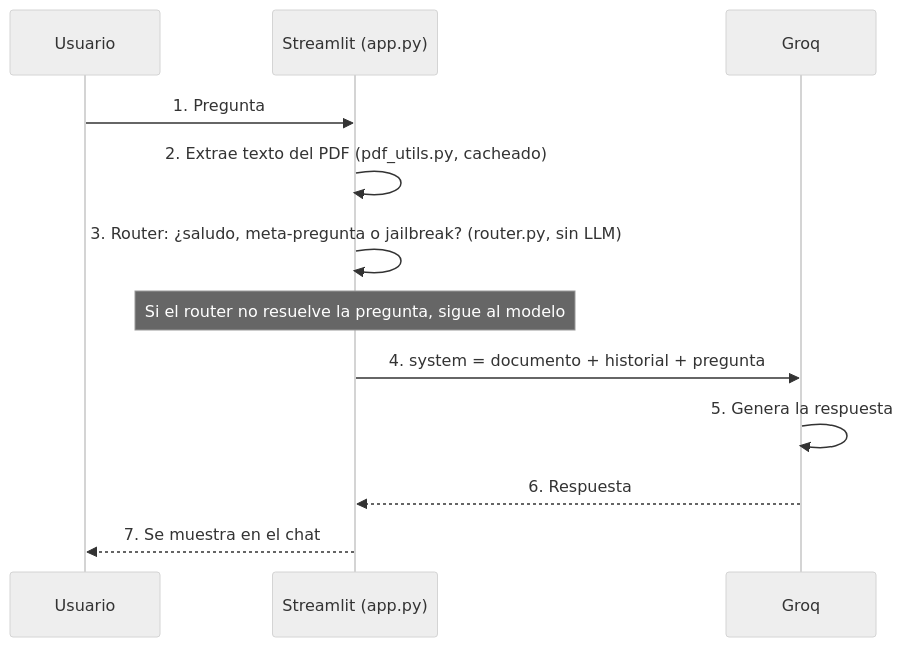
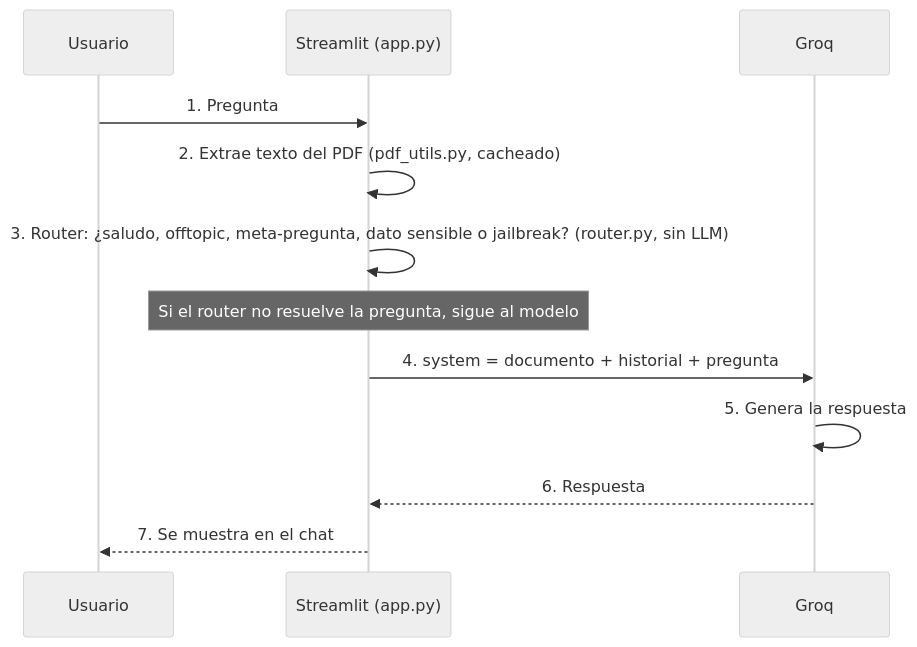
One commit to joaquinalejandroguzman/cotejo changed the diagram in README.md. Above: the diagram before and after it, drawn with Mermaid (neutral theme). The commit also changed other lines of this file and 3 other files, not shown here.

````diff
--- a/README.md
+++ b/README.md
@@ -18,15 +18,15 @@
 ```mermaid
 sequenceDiagram
     participant U as Usuario
     participant S as Streamlit (app.py)
     participant G as Groq
 
     U->>S: 1. Pregunta
     S->>S: 2. Extrae texto del PDF (pdf_utils.py, cacheado)
-    S->>S: 3. Router: ¿saludo, meta-pregunta o jailbreak? (router.py, sin LLM)
+    S->>S: 3. Router: ¿saludo, offtopic, meta-pregunta, dato sensible o jailbreak? (router.py, sin LLM)
     Note over S: Si el router no resuelve la pregunta, sigue al modelo
     S->>G: 4. system = documento + historial + pregunta
     G->>G: 5. Genera la respuesta
     G-->>S: 6. Respuesta
     S-->>U: 7. Se muestra en el chat
 ```
````
